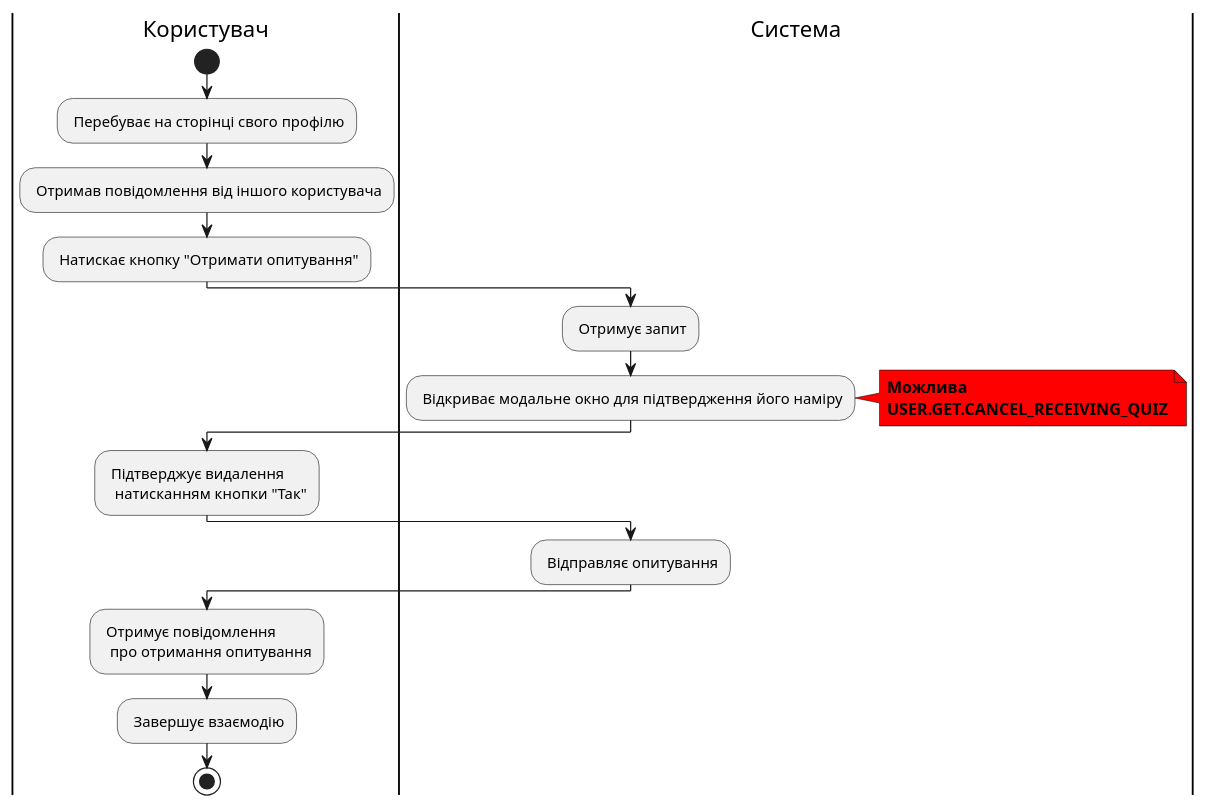
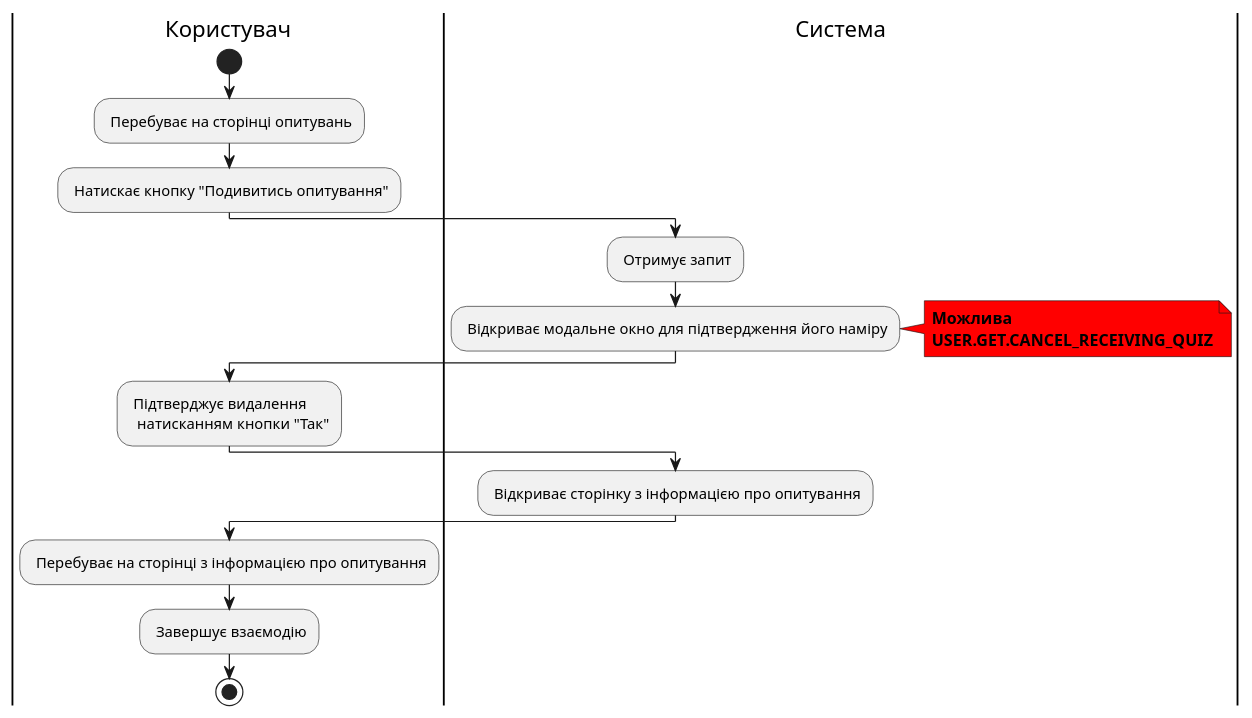
Diagram 13 of 22 in docs/use cases/README.md (michigang1/ImForms), drawn with PlantUML before and after one commit. The commit also changed other lines of this file, not shown here.

Commit message:
Added some changes in diagrams of scenarios

```diff
--- a/docs/use cases/README.md
+++ b/docs/use cases/README.md
@@ -580,29 +582,27 @@
 @startuml
 
 |Користувач|
 start
-: Перебуває на сторінці свого профілю;
-: Отримав повідомлення від іншого користувача;
-: Натискає кнопку "Отримати опитування";
+: Перебуває на сторінці опитувань;
+: Натискає кнопку "Подивитись опитування";
 
 |Система|
 : Отримує запит;
 : Відкриває модальне окно для підтвердження його наміру;
 note right #ff0000
 <b>Можлива</b>
 <b>USER.GET.CANCEL_RECEIVING_QUIZ</b>
 end note
 
 |Користувач|
 : Підтверджує видалення
   натисканням кнопки "Так";
 
 |Система|
-: Відправляє опитування;
+: Відкриває сторінку з інформацією про опитування;
 
 |Користувач|
-: Отримує повідомлення
-  про отримання опитування;
+: Перебуває на сторінці з інформацією про опитування;
 : Завершує взаємодію;
 stop;
 @enduml
```
